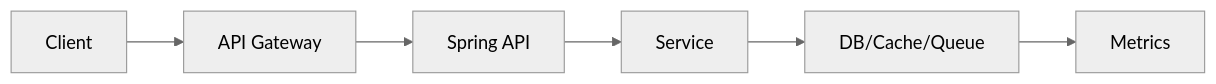
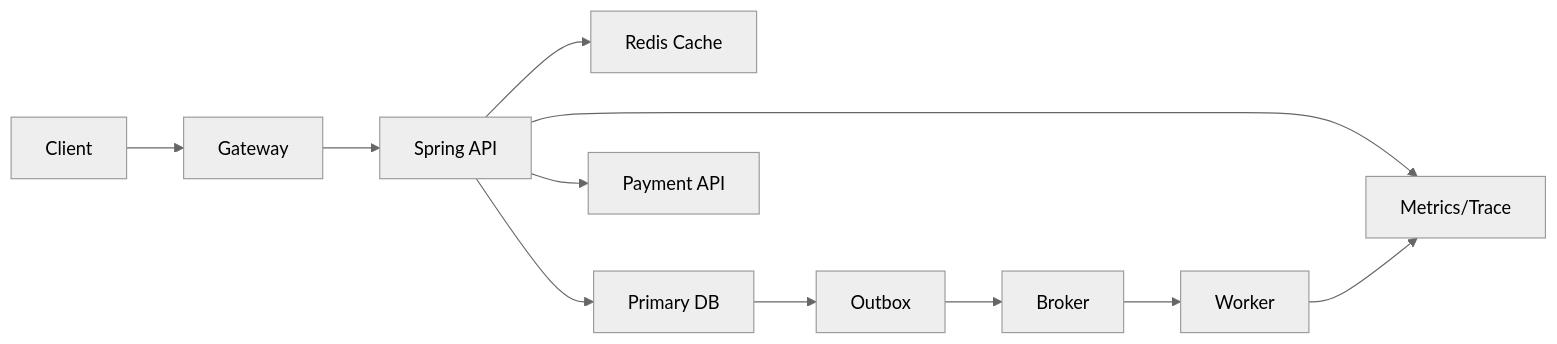
Before and after one commit to thisis-joe/thisis-joe.github.io: the diagram in content/System Design/01. System Design 전체 지도/02. 백엔드 시스템 구성 요소 지도 상세.md, drawn with Mermaid (neutral theme). The commit also changed other lines of this file and 595 other files, not shown here.

````diff
--- a/content/System Design/01. System Design 전체 지도/02. 백엔드 시스템 구성 요소 지도 상세.md
+++ b/content/System Design/01. System Design 전체 지도/02. 백엔드 시스템 구성 요소 지도 상세.md
@@ -42,8 +55,13 @@
 ```mermaid
 flowchart LR
-    A["Client"] --> B["API Gateway"]
-    B["API Gateway"] --> C["Spring API"]
-    C["Spring API"] --> D["Service"]
-    D["Service"] --> E["DB/Cache/Queue"]
-    E["DB/Cache/Queue"] --> F["Metrics"]
+    C["Client"] --> G["Gateway"]
+    G --> A["Spring API"]
+    A --> R["Redis Cache"]
+    A --> D["Primary DB"]
+    A --> X["Payment API"]
+    D --> O["Outbox"]
+    O --> Q["Broker"]
+    Q --> W["Worker"]
+    A --> M["Metrics/Trace"]
+    W --> M
 ```
````
